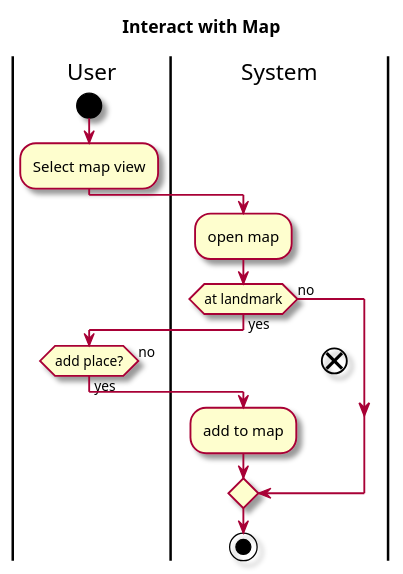
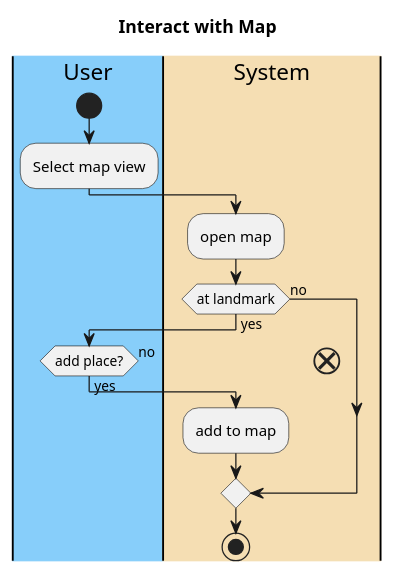
The diagram in CMPU_203_PirateGame/doc/use-cases/Interact_with_Map.md (emutchek/MaraudersAtSea), drawn with PlantUML before and after one commit. The commit also changed other lines of this file and 3 other files, not shown here.

````diff
--- a/CMPU_203_PirateGame/doc/use-cases/Interact_with_Map.md
+++ b/CMPU_203_PirateGame/doc/use-cases/Interact_with_Map.md
@@ -34,27 +34,25 @@
 ```PlantUML
 @startuml 
-
-skin rose
 title Interact with Map
-|User|
-|System|
+|#LightSkyBlue|User|
+|#Wheat|System|
 
 |User|
 start
 :Select map view;
 |System|
 :open map;
 if (at landmark) then (yes)
     |User|
     if(add place?) then (yes)
     |System|
     :add to map;
     else(no)
     end
     endif
 else (no)
 endif
 stop
 
 @enduml
 ```
````
